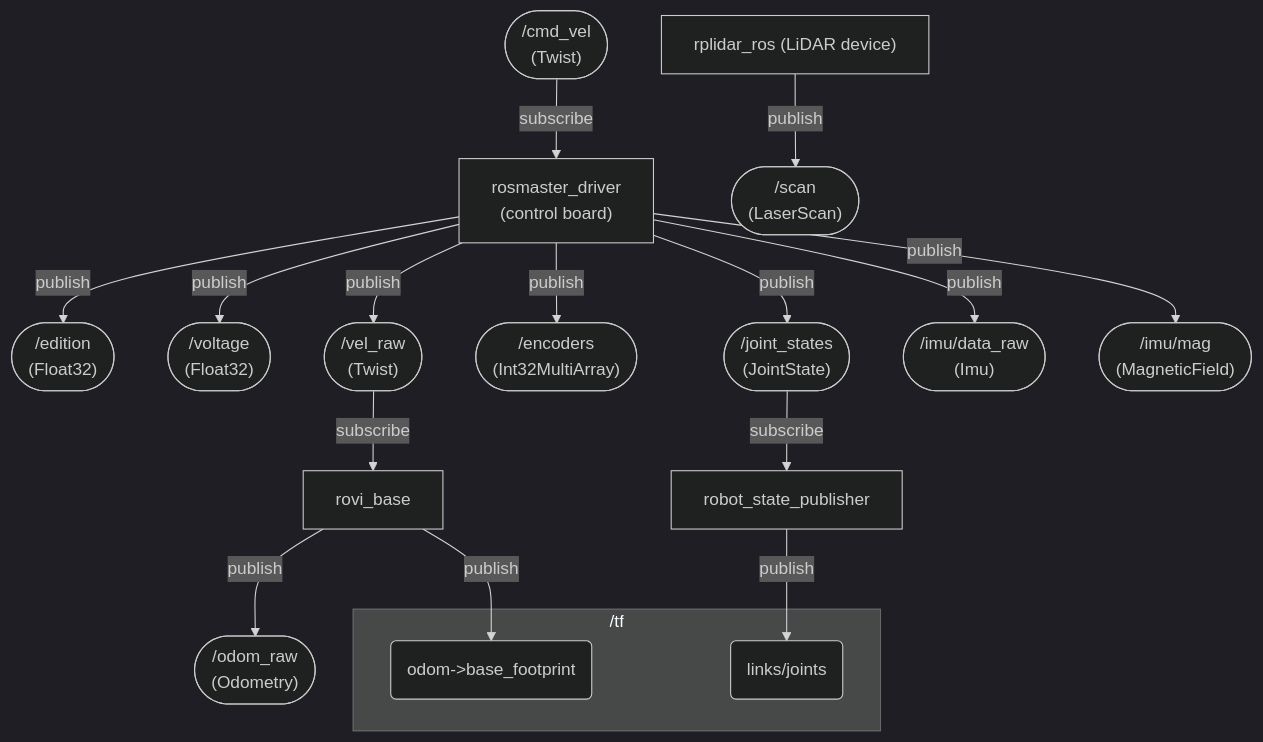
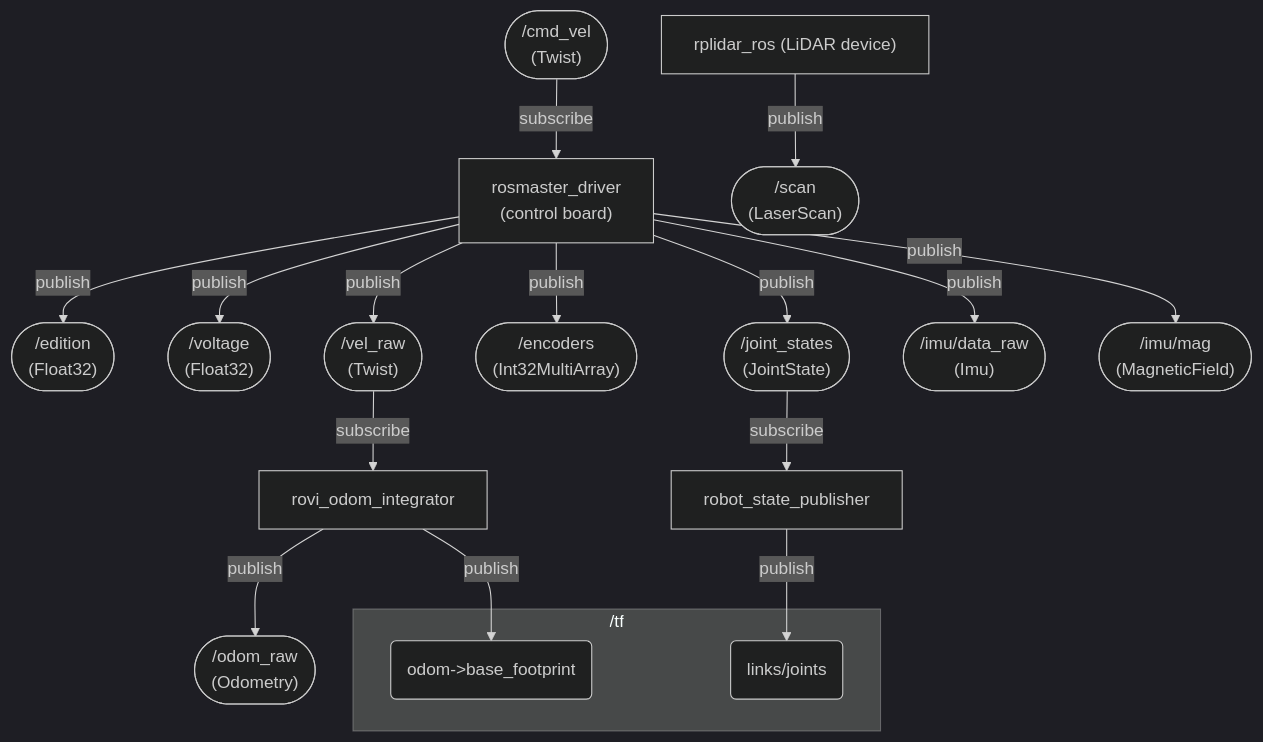
The second of 12 diagrams in README.md (Roblibs/rovi_ros_ws), drawn with Mermaid (dark theme) before and after one commit. The commit also changed other lines of this file and 63 other files, not shown here.

````diff
--- a/README.md
+++ b/README.md
@@ -81,42 +81,42 @@
 ```mermaid
 flowchart TD
   CMD(["/cmd_vel<br/>(Twist)"])
   Rosmaster["rosmaster_driver<br>(control board)"]
   CMD -->|subscribe| Rosmaster
 
   EDT(["/edition<br/>(Float32)"])
   VOL(["/voltage<br/>(Float32)"])
   VRAW(["/vel_raw<br/>(Twist)"])
   JSTATE(["/joint_states<br/>(JointState)"])
   ENC(["/encoders<br/>(Int32MultiArray)"])
   IMU_RAW(["/imu/data_raw<br/>(Imu)"])
   MAG(["/imu/mag<br/>(MagneticField)"])
   Rosmaster -->|publish| EDT
   Rosmaster -->|publish| VOL
   Rosmaster -->|publish| VRAW
   Rosmaster -->|publish| ENC
   Rosmaster -->|publish| JSTATE
   Rosmaster -->|publish| IMU_RAW
   Rosmaster -->|publish| MAG
 
-  RoviBase["rovi_base"]
-  VRAW -->|subscribe| RoviBase
+  RoviOdom["rovi_odom_integrator"]
+  VRAW -->|subscribe| RoviOdom
   ODRAW(["/odom_raw<br/>(Odometry)"])
 
   subgraph TF["/tf"]
     TF_ODOM_BASE("odom->base_footprint")
     TF_LINKS_JOINTS("links/joints")
   end
 
-  RoviBase -->|publish| ODRAW
-  RoviBase -->|publish| TF_ODOM_BASE
+  RoviOdom -->|publish| ODRAW
+  RoviOdom -->|publish| TF_ODOM_BASE
 
   RSP["robot_state_publisher"]
   JSTATE -->|subscribe| RSP
   RSP -->|publish| TF_LINKS_JOINTS
 
   RPLidar["rplidar_ros (LiDAR device)"]
   SCAN(["/scan<br/>(LaserScan)"])
   RPLidar -->|publish| SCAN
 
 ```
````
